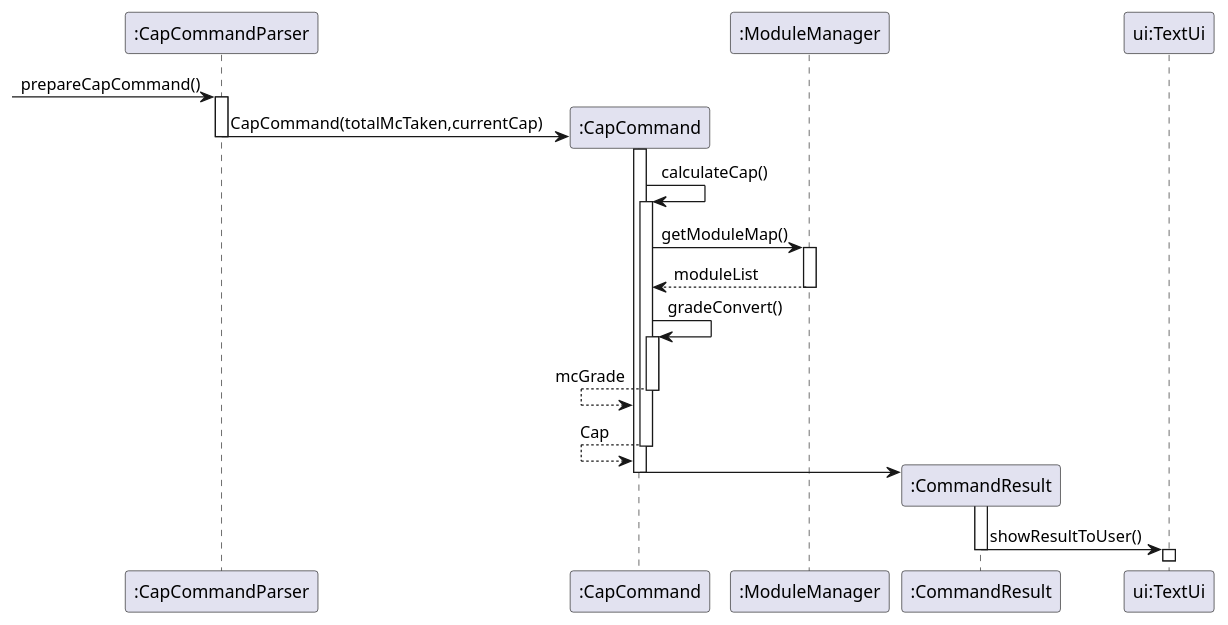
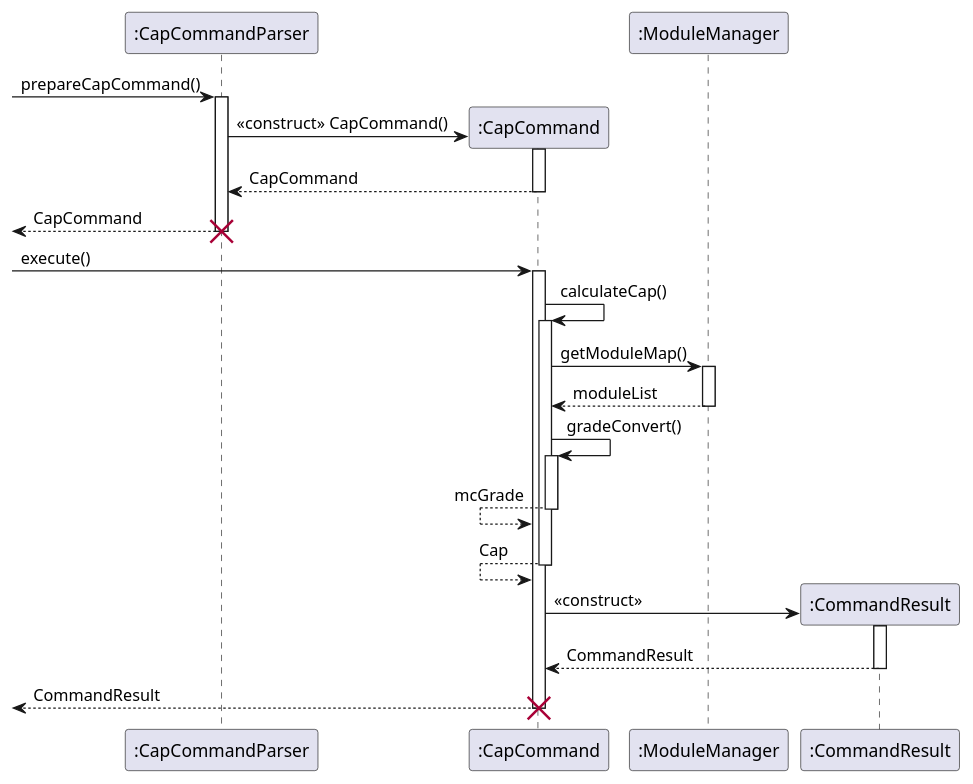
One commit to wangqinNick/tp changed the diagram in docs/diagrams/UML/CapCommandSequenceDiagram.puml. Above: the diagram before and after it, drawn with PlantUML. The commit also changed 4 other files, not shown here.

Commit message:
Updated seq diagrams and DG

```diff
--- a/docs/diagrams/UML/CapCommandSequenceDiagram.puml
+++ b/docs/diagrams/UML/CapCommandSequenceDiagram.puml
@@ -1,28 +1,34 @@
 @startuml
 -> ":CapCommandParser" : prepareCapCommand()
 activate ":CapCommandParser"
 create ":CapCommand"
-":CapCommandParser" -> ":CapCommand" : CapCommand(totalMcTaken,currentCap)
+":CapCommandParser" -> ":CapCommand" : <<construct>> CapCommand()
+activate ":CapCommand"
+":CapCommandParser" <-- ":CapCommand" : CapCommand
+deactivate ":CapCommand"
+<-- ":CapCommandParser" : CapCommand
+destroy ":CapCommandParser"
 deactivate ":CapCommandParser"
+-> ":CapCommand" : execute()
 activate ":CapCommand"
 ":CapCommand" -> ":CapCommand" : calculateCap()
 activate ":CapCommand"
 ":CapCommand" -> ":ModuleManager" : getModuleMap()
 activate ":ModuleManager"
 ":CapCommand" <-- ":ModuleManager" : moduleList
 deactivate ":ModuleManager"
 ":CapCommand" -> ":CapCommand" : gradeConvert()
 activate ":CapCommand"
 ":CapCommand" <-- ":CapCommand" : mcGrade
 deactivate ":CapCommand"
 ":CapCommand" <-- ":CapCommand" : Cap
 deactivate ":CapCommand"
 create ":CommandResult"
-":CapCommand" -> ":CommandResult"
+":CapCommand" -> ":CommandResult" : <<construct>>
+activate ":CommandResult"
+":CapCommand" <-- ":CommandResult" : CommandResult
+deactivate ":CommandResult"
+<-- ":CapCommand" : CommandResult
 deactivate ":CapCommand"
-activate ":CommandResult"
-":CommandResult" -> "ui:TextUi" :showResultToUser()
-deactivate ":CommandResult"
-activate "ui:TextUi"
-deactivate "ui:TextUi"
+destroy ":CapCommand"
 @enduml
```
